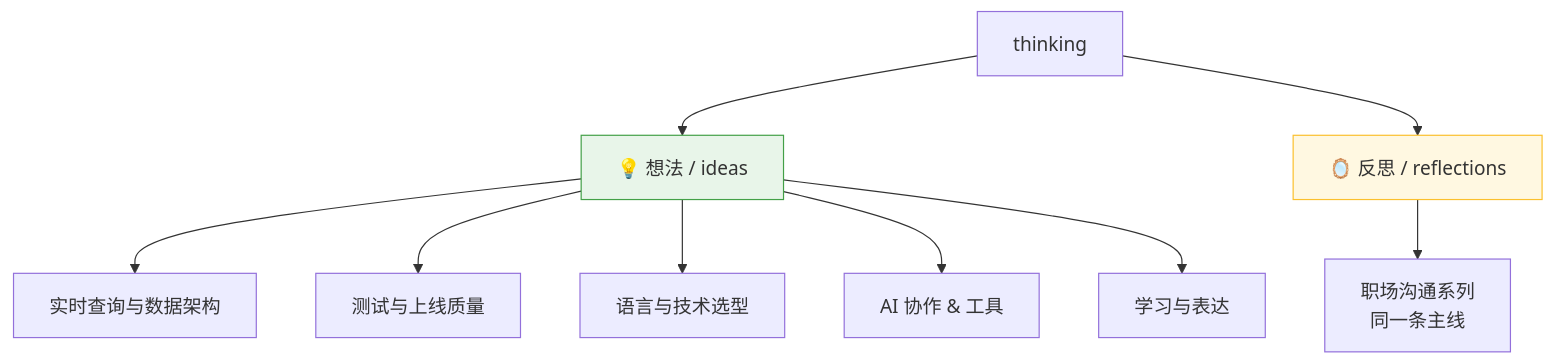
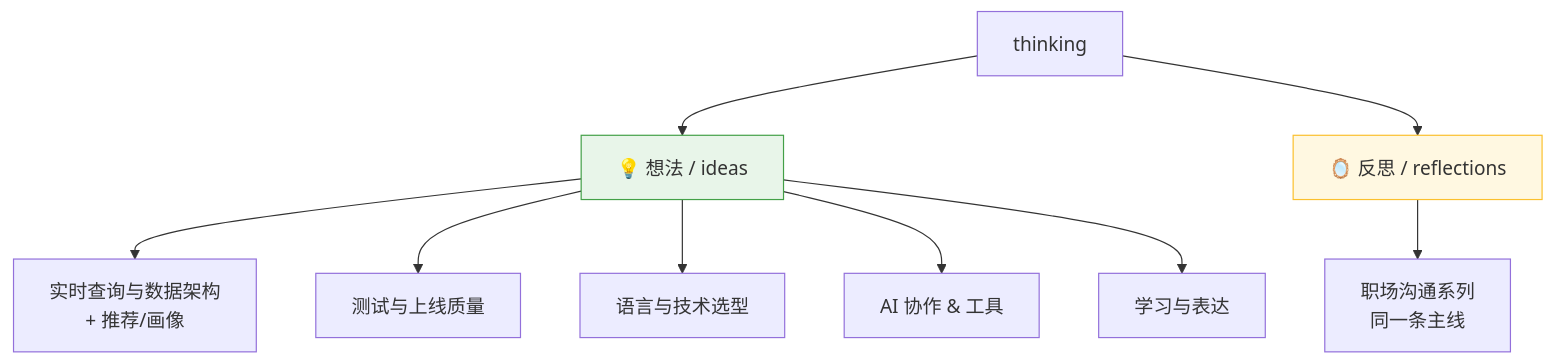
One commit to yishengyuan/thinking changed the first of 2 diagrams in docs/README.md. Above: the diagram before and after it, drawn with Mermaid. The commit also changed other lines of this file and 1 other file, not shown here.

Commit message:
docs: 新增'推荐系统与用户画像设计'并更新索引
- 数据底座(行为/属性/交易/物品/上下文/反馈)+ 埋点质量地基
- 用户画像:One-ID身份统一 + 标签分层(属性/行为/兴趣/预测/分群)+ 实时离线结合 + 存储分两用
- 推荐分层:召回→排序→重排 + 曝光反馈闭环
- 落到现有栈:Kafka/Flink/CK/ES/Redis 实时+离线双链路,ES做向量召回
- 设计点:冷启动/实时性/闭环/评估/合规

````diff
--- a/docs/README.md
+++ b/docs/README.md
@@ -6,17 +6,17 @@
 ```mermaid
 flowchart TD
     ROOT[thinking]
     ROOT --> IDEA[💡 想法 / ideas]
     ROOT --> REF[🪞 反思 / reflections]
 
-    IDEA --> G1[实时查询与数据架构]
+    IDEA --> G1[实时查询与数据架构<br/>+ 推荐/画像]
     IDEA --> G2[测试与上线质量]
     IDEA --> G3[语言与技术选型]
     IDEA --> G4[AI 协作 & 工具]
     IDEA --> G5[学习与表达]
 
     REF --> RG[职场沟通系列<br/>同一条主线]
 
     style IDEA fill:#e8f5e9,stroke:#43a047
     style REF fill:#fff8e1,stroke:#fbc02d
 ```
````
